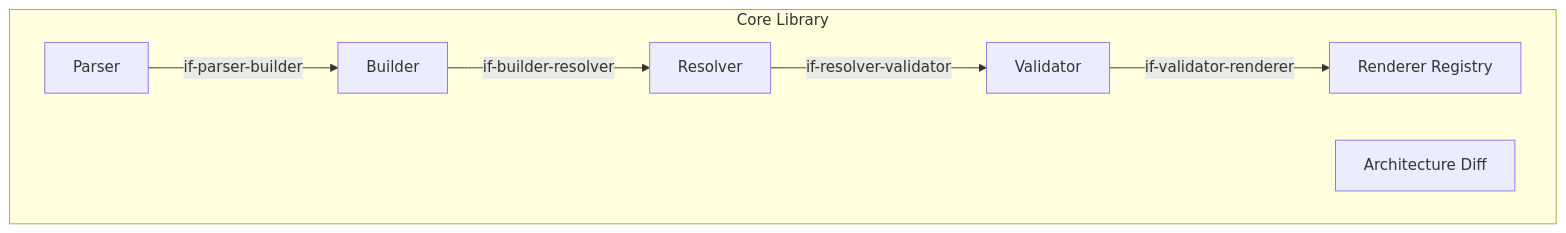
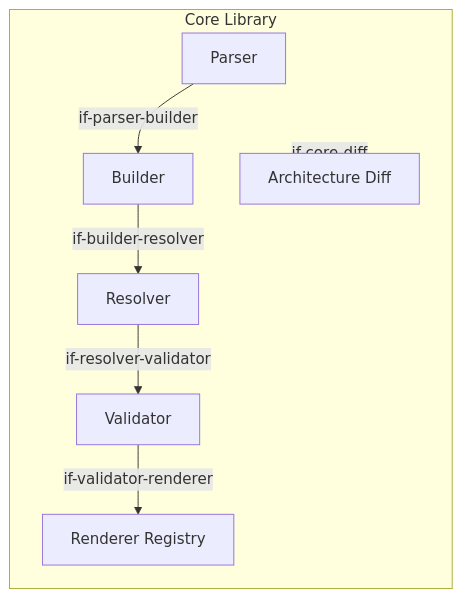
The second of 2 diagrams in docs/arc42/05-building-blocks.arc42.md (docToolchain/arc42-language), drawn with Mermaid before and after one commit. The commit also changed other lines of this file and 6 other files, not shown here.

````diff
--- a/docs/arc42/05-building-blocks.arc42.md
+++ b/docs/arc42/05-building-blocks.arc42.md
@@ -40,16 +65,17 @@
 ```mermaid
 graph TD
     subgraph bb-core["Core Library"]
         bb-parser["Parser"]
         bb-builder["Builder"]
         bb-resolver["Resolver"]
         bb-validator["Validator"]
         bb-renderer["Renderer Registry"]
         bb-diff["Architecture Diff"]
     end
 
     bb-parser -->|"if-parser-builder"| bb-builder
     bb-builder -->|"if-builder-resolver"| bb-resolver
     bb-resolver -->|"if-resolver-validator"| bb-validator
     bb-validator -->|"if-validator-renderer"| bb-renderer
+    bb-core -->|"if-core-diff"| bb-diff
 ```
````
